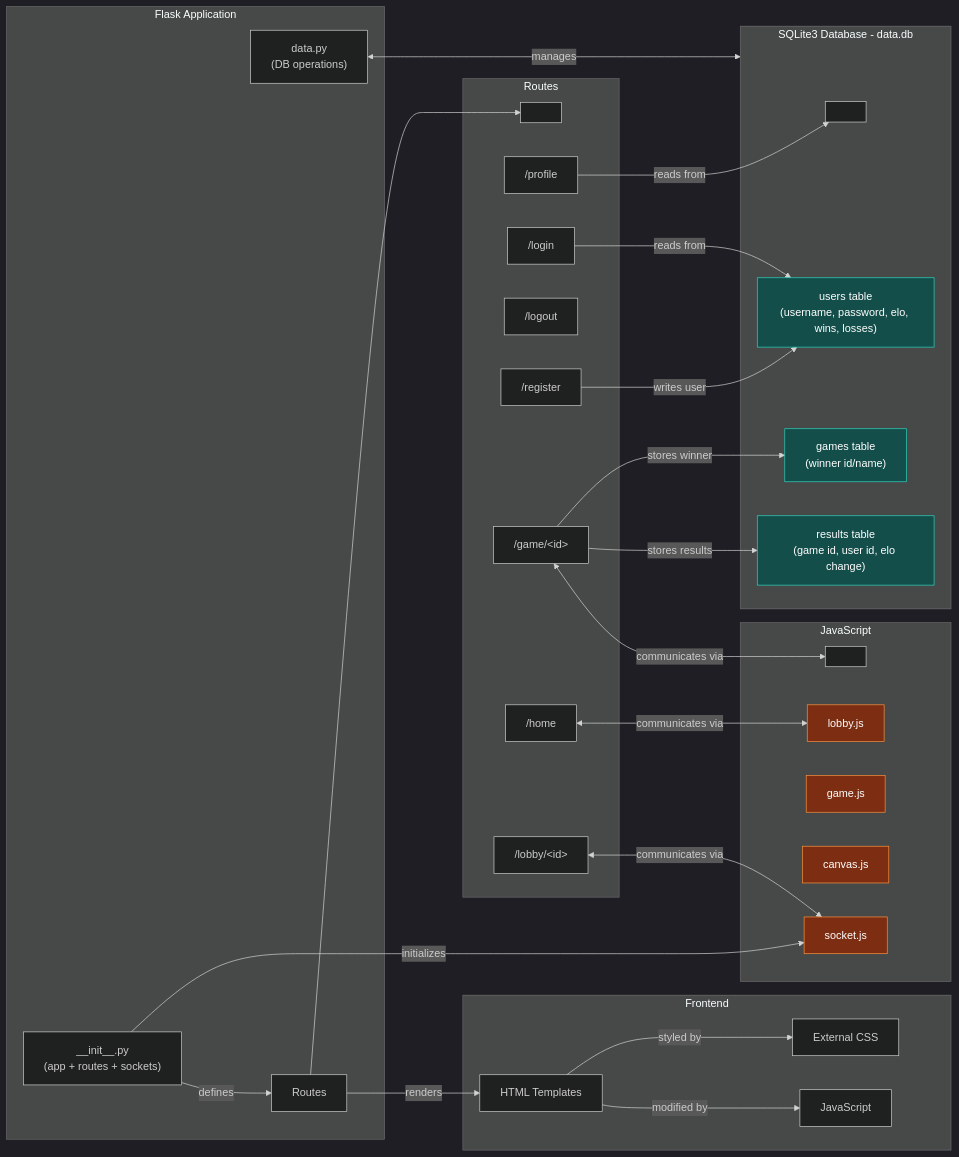
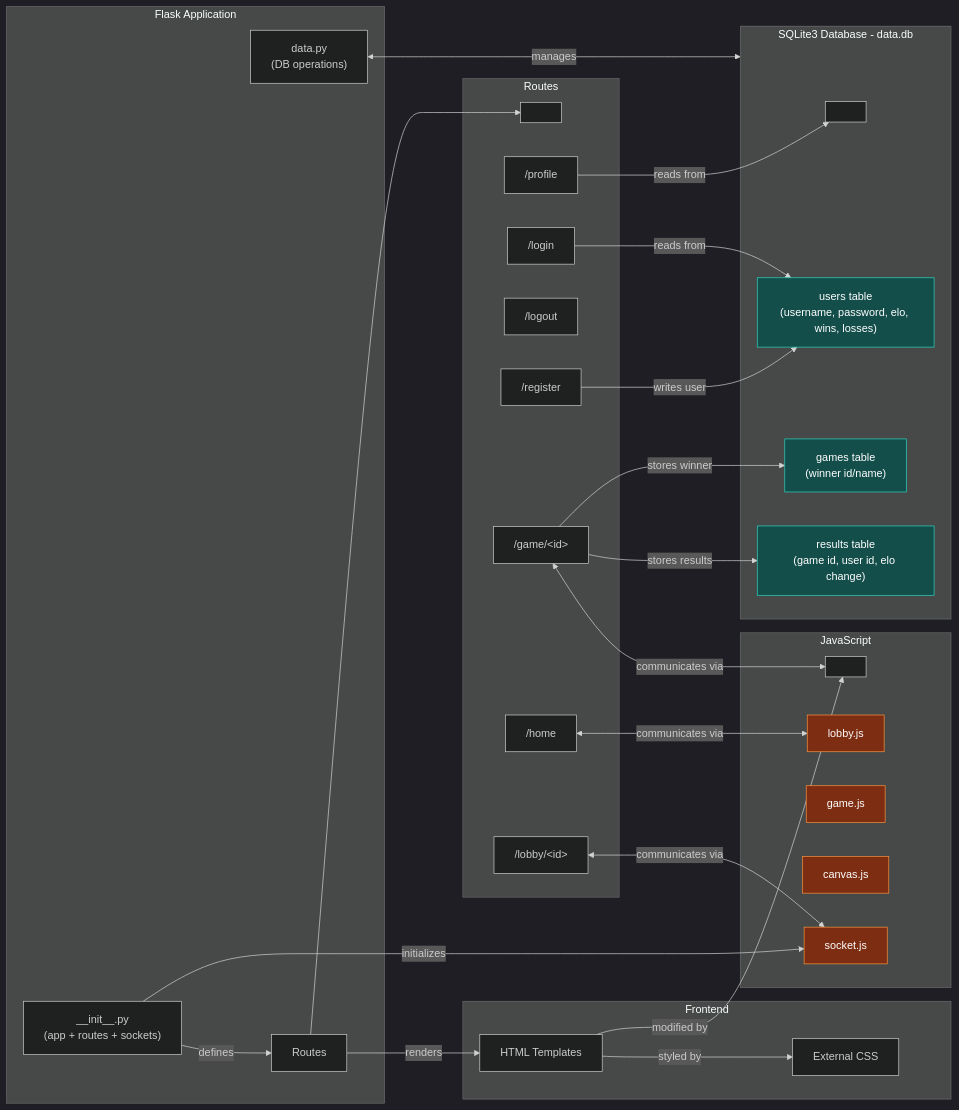
The first of 2 diagrams in design.md (SadgeCat/CopyrightedArtist), drawn with Mermaid before and after one commit.

Commit message:
clean up diamgra

````diff
--- a/design.md
+++ b/design.md
@@ -90,65 +90,64 @@
 ```mermaid
 ---
 config:
   theme: dark
 ---
 flowchart LR
  subgraph FlaskApp["Flask Application"]
         Init["__init__.py<br>(app + routes + sockets)"]
         Routes["Routes"]
         DataPy["data.py<br>(DB operations)"]
   end
  subgraph RoutesDetail["Routes"]
         RouteAnchor[" "]
         Register["/register"]
         Login["/login"]
         Logout["/logout"]
         Home["/home"]
         Lobby["/lobby/&lt;id&gt;"]
         Game["/game/&lt;id&gt;"]
         Profile["/profile"]
   end
  subgraph Database["SQLite3 Database - data.db"]
         DBAnchor[" "]
         UsersTable["users table<br>(username, password, elo, wins, losses)"]
         GamesTable["games table<br>(winner id/name)"]
         ResultsTable["results table<br>(game id, user id, elo change)"]
   end
  subgraph Frontend["Frontend"]
         HTML["HTML Templates"]
         CSS["External CSS"]
-        JS["JavaScript"]
   end
  subgraph JSModules["JavaScript"]
         JSAnchor[" "]
         LobbyJS["lobby.js"]
         GameJS["game.js"]
         CanvasJS["canvas.js"]
         SocketJS["socket.js"]
   end
     Init -- defines --> Routes
     Init -- initializes --> SocketJS
     Routes --> RouteAnchor
     Register -- writes user --> UsersTable
     Login -- reads from --> UsersTable
     Profile -- reads from --> DBAnchor
     DataPy <-- manages --> Database
     Game -- stores winner --> GamesTable
     Game -- stores results --> ResultsTable
     Routes -- renders --> HTML
     HTML -- styled by --> CSS
-    HTML -- modified by --> JS
+    HTML -- modified by --> JSAnchor
     Home <-- communicates via --> LobbyJS
     Lobby <-- communicates via --> SocketJS
     Game <-- communicates via --> JSAnchor
 
      UsersTable:::dbNode
      GamesTable:::dbNode
      ResultsTable:::dbNode
      LobbyJS:::jsNode
      GameJS:::jsNode
      CanvasJS:::jsNode
      SocketJS:::jsNode
     classDef dbNode fill:#134e4a,stroke:#2dd4bf,color:#ffffff
     classDef jsNode fill:#7c2d12,stroke:#fb923c,color:#ffffff
 ```
````
